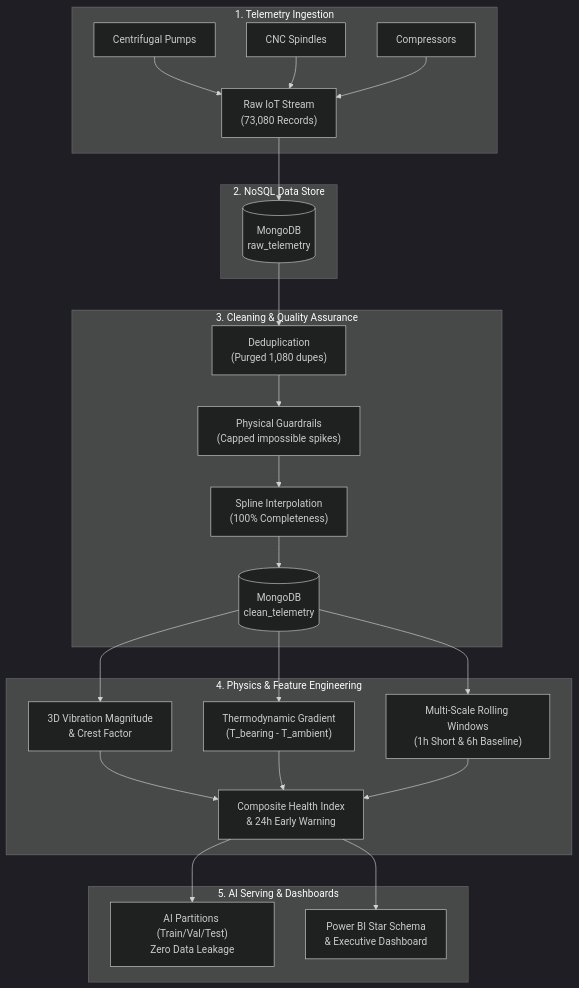
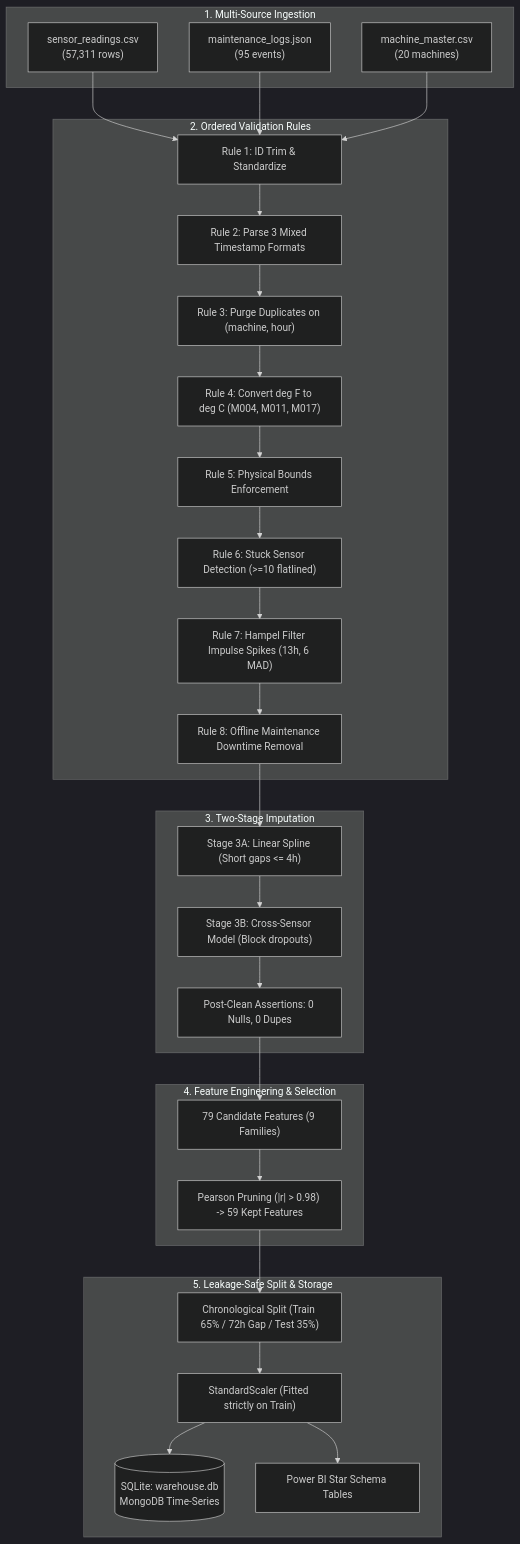
Before and after one commit to UjjvxL/AI-Ready-Predictive-Maintenance-Pipeline: the diagram in README.md, drawn with Mermaid (dark theme). The commit also changed other lines of this file and 69 other files, not shown here.

Commit message:
refactor: full alignment with comprehensive 20-machine predictive maintenance documentation

````diff
--- a/README.md
+++ b/README.md
@@ -61,29 +83,37 @@
 ```mermaid
 flowchart TD
-    subgraph S1["1. Telemetry Ingestion"]
-        P1["Centrifugal Pumps"] & P2["CNC Spindles"] & P3["Compressors"] --> RAW["Raw IoT Stream\n(73,080 Records)"]
+    subgraph S1["1. Multi-Source Ingestion"]
+        SENS["sensor_readings.csv\n(57,311 rows)"]
+        MAINT["maintenance_logs.json\n(95 events)"]
+        MAST["machine_master.csv\n(20 machines)"]
     end
 
-    subgraph S2["2. NoSQL Data Store"]
-        RAW --> MONGO[("MongoDB\nraw_telemetry")]
+    subgraph S2["2. Ordered Validation Rules"]
+        SENS & MAINT & MAST --> R1["Rule 1: ID Trim & Standardize"]
+        R1 --> R2["Rule 2: Parse 3 Mixed Timestamp Formats"]
+        R2 --> R3["Rule 3: Purge Duplicates on (machine, hour)"]
+        R3 --> R4["Rule 4: Convert deg F to deg C (M004, M011, M017)"]
+        R4 --> R5["Rule 5: Physical Bounds Enforcement"]
+        R5 --> R6["Rule 6: Stuck Sensor Detection (>=10 flatlined)"]
+        R6 --> R7["Rule 7: Hampel Filter Impulse Spikes (13h, 6 MAD)"]
+        R7 --> R8["Rule 8: Offline Maintenance Downtime Removal"]
     end
 
-    subgraph S3["3. Cleaning & Quality Assurance"]
-        MONGO --> DEDUP["Deduplication\n(Purged 1,080 dupes)"]
-        DEDUP --> BOUNDS["Physical Guardrails\n(Capped impossible spikes)"]
-        BOUNDS --> SPLINE["Spline Interpolation\n(100% Completeness)"]
-        SPLINE --> CLEAN_COLL[("MongoDB\nclean_telemetry")]
+    subgraph S3["3. Two-Stage Imputation"]
+        R8 --> IMP1["Stage 3A: Linear Spline (Short gaps <= 4h)"]
+        IMP1 --> IMP2["Stage 3B: Cross-Sensor Model (Block dropouts)"]
+        IMP2 --> POST["Post-Clean Assertions: 0 Nulls, 0 Dupes"]
     end
 
-    subgraph S4["4. Physics & Feature Engineering"]
-        CLEAN_COLL --> KINEMATIC["3D Vibration Magnitude\n& Crest Factor"]
-        CLEAN_COLL --> THERMO["Thermodynamic Gradient\n(T_bearing - T_ambient)"]
-        CLEAN_COLL --> ROLLING["Multi-Scale Rolling Windows\n(1h Short & 6h Baseline)"]
-        KINEMATIC & THERMO & ROLLING --> HEALTH["Composite Health Index\n& 24h Early Warning"]
+    subgraph S4["4. Feature Engineering & Selection"]
+        POST --> FEAT["79 Candidate Features (9 Families)"]
+        FEAT --> PRUNE["Pearson Pruning (|r| > 0.98) -> 59 Kept Features"]
     end
 
-    subgraph S5["5. AI Serving & Dashboards"]
-        HEALTH --> AI_DATA["AI Partitions (Train/Val/Test)\nZero Data Leakage"]
-        HEALTH --> PBI["Power BI Star Schema\n& Executive Dashboard"]
+    subgraph S5["5. Leakage-Safe Split & Storage"]
+        PRUNE --> SPLIT["Chronological Split (Train 65% / 72h Gap / Test 35%)"]
+        SPLIT --> SCALE["StandardScaler (Fitted strictly on Train)"]
+        SCALE --> WAREHOUSE[("SQLite: warehouse.db\nMongoDB Time-Series")]
+        SCALE --> PBI["Power BI Star Schema Tables"]
     end
 ```
````
